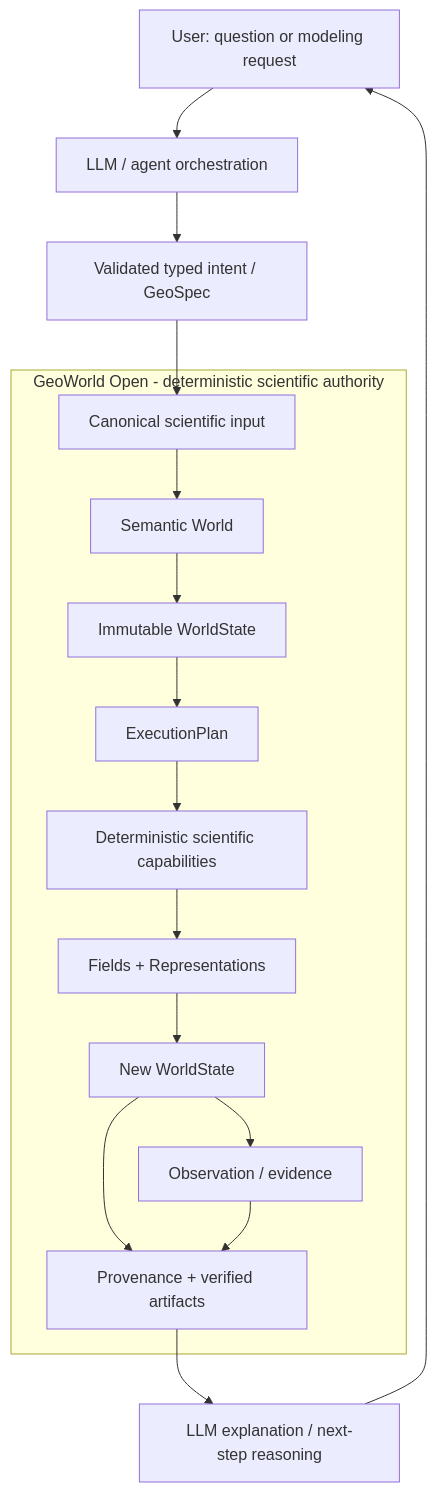
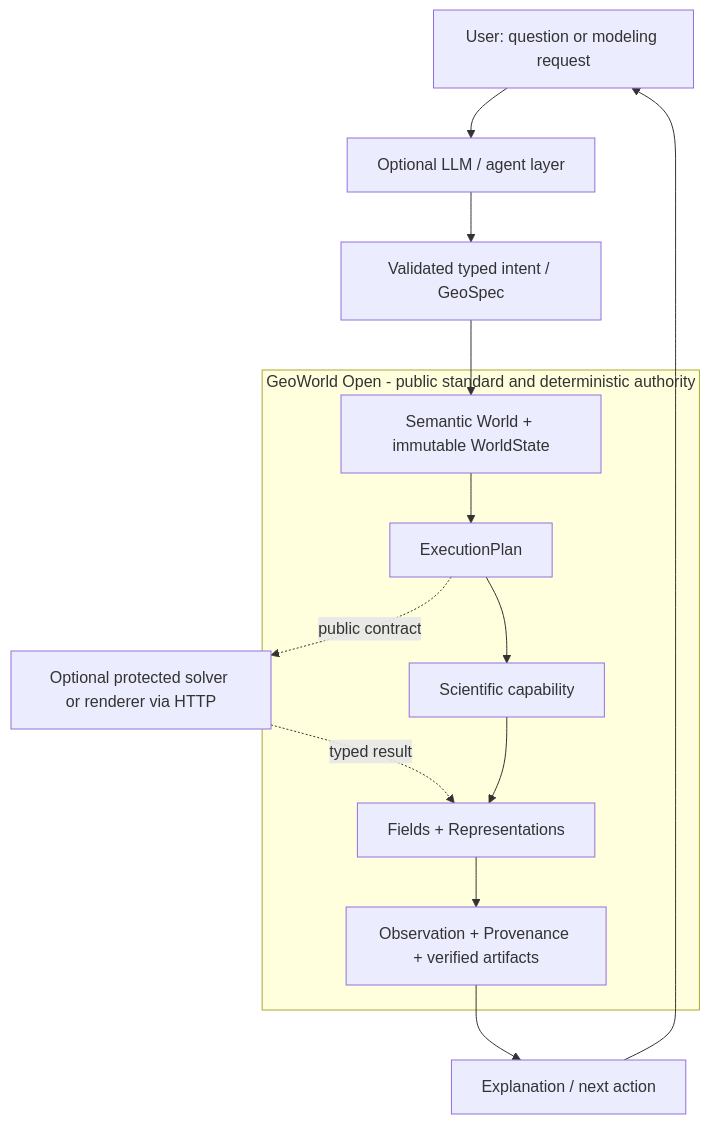
The diagram in README.md (scifiss/geoworld-open), drawn with Mermaid before and after one commit. The commit also changed other lines of this file and 44 other files, not shown here.

Commit message:
Build GeoWorld Open standard SDK and benchmarks

````diff
--- a/README.md
+++ b/README.md
@@ -42,35 +32,29 @@
 ```mermaid
 flowchart TD
     U[User: question or modeling request]
-    L[LLM / agent orchestration]
+    A[Optional LLM / agent layer]
     V[Validated typed intent / GeoSpec]
 
-    subgraph OPEN["GeoWorld Open - deterministic scientific authority"]
-        C[Canonical scientific input]
-        W[Semantic World]
-        S[Immutable WorldState]
+    subgraph OPEN["GeoWorld Open - public standard and deterministic authority"]
+        W[Semantic World + immutable WorldState]
         P[ExecutionPlan]
-        D[Deterministic scientific capabilities]
+        C[Scientific capability]
         F[Fields + Representations]
-        N[New WorldState]
-        O[Observation / evidence]
-        R[Provenance + verified artifacts]
+        R[Observation + Provenance + verified artifacts]
     end
 
-    E[LLM explanation / next-step reasoning]
+    X[Optional protected solver or renderer via HTTP]
+    E[Explanation / next action]
 
-    U --> L
-    L --> V
-    V --> C
-    C --> W
-    W --> S
-    S --> P
-    P --> D
-    D --> F
-    F --> N
-    N --> O
-    N --> R
-    O --> R
+    U --> A
+    A --> V
+    V --> W
+    W --> P
+    P --> C
+    P -. public contract .-> X
+    X -. typed result .-> F
+    C --> F
+    F --> R
     R --> E
     E --> U
 ```
````
